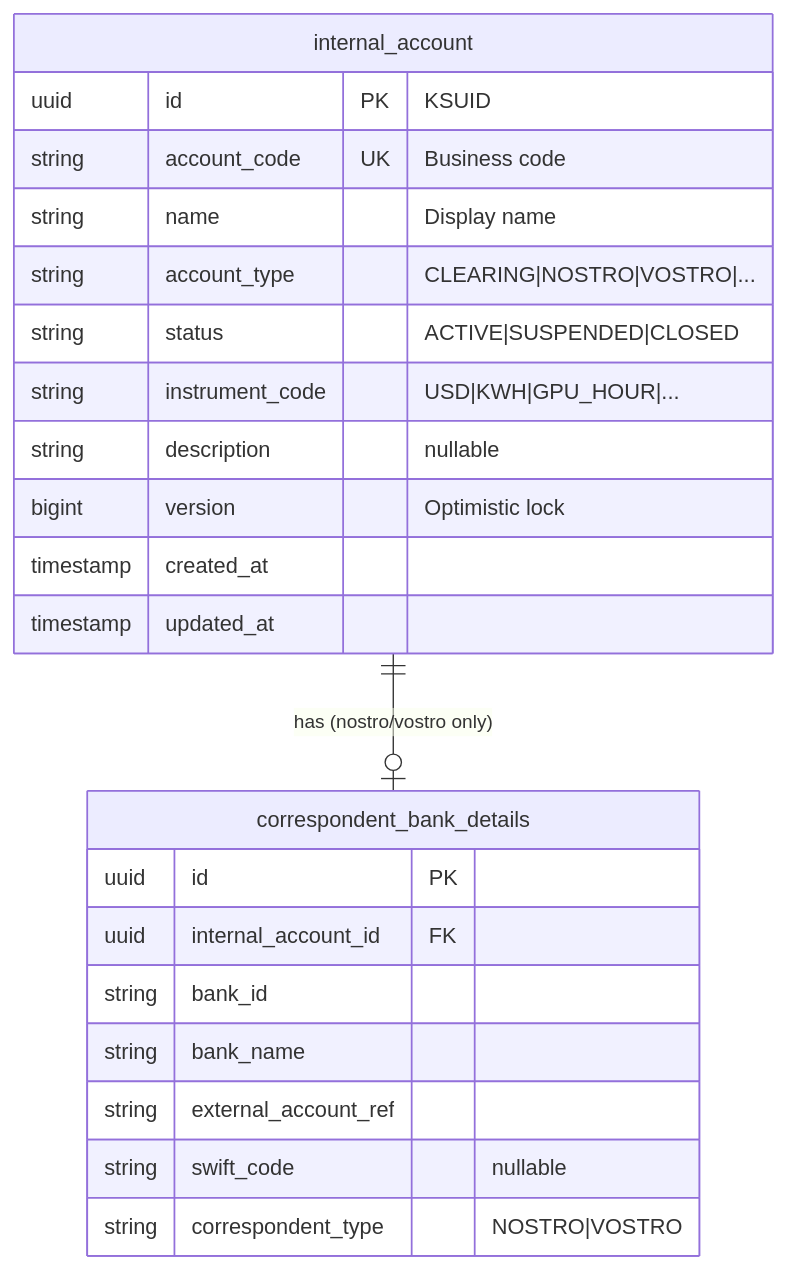
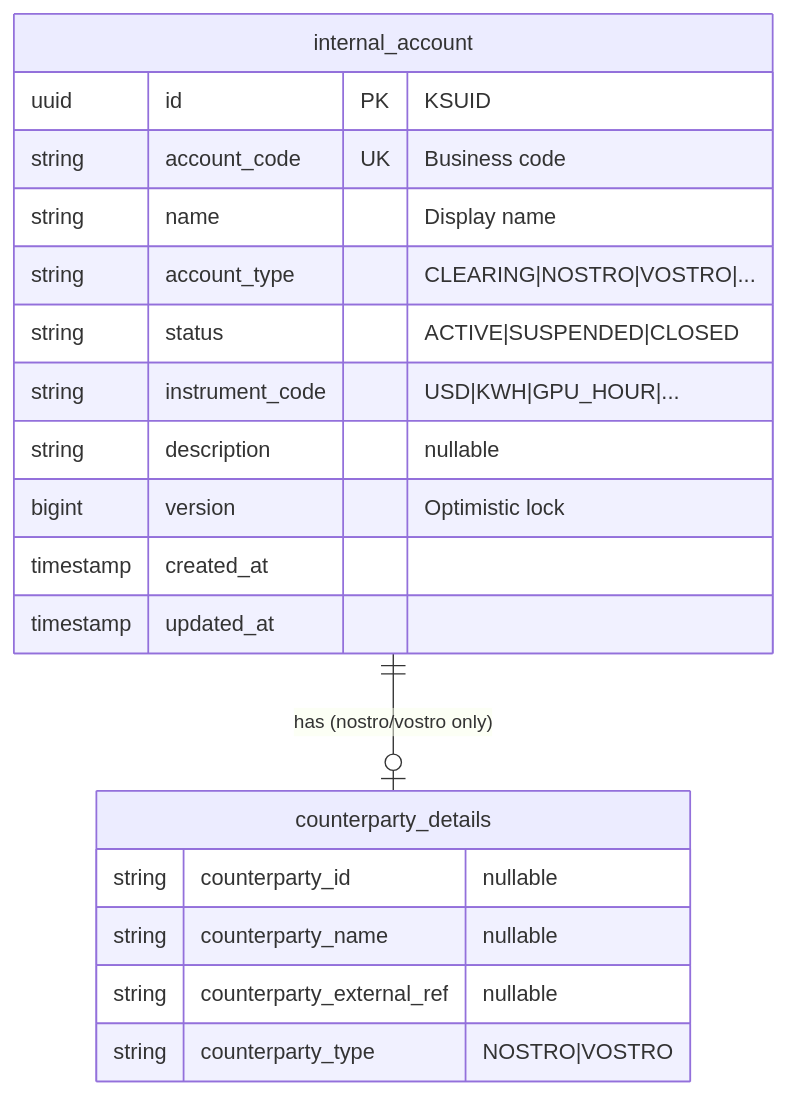
The fifth of 6 diagrams in services/internal-account/README.md (meridianhub/meridian), drawn with Mermaid before and after one commit. The commit also changed other lines of this file and 38 other files, not shown here.

First line of the commit message:
feat: rename correspondent terminology to counterparty in internal-account service

````diff
--- a/services/internal-account/README.md
+++ b/services/internal-account/README.md
@@ -514,27 +513,24 @@
 ```mermaid
 erDiagram
     internal_account {
         uuid id PK "KSUID"
         string account_code UK "Business code"
         string name "Display name"
         string account_type "CLEARING|NOSTRO|VOSTRO|..."
         string status "ACTIVE|SUSPENDED|CLOSED"
         string instrument_code "USD|KWH|GPU_HOUR|..."
         string description "nullable"
         bigint version "Optimistic lock"
         timestamp created_at
         timestamp updated_at
     }
 
-    correspondent_bank_details {
-        uuid id PK
-        uuid internal_account_id FK
-        string bank_id
-        string bank_name
-        string external_account_ref
-        string swift_code "nullable"
-        string correspondent_type "NOSTRO|VOSTRO"
+    counterparty_details {
+        string counterparty_id "nullable"
+        string counterparty_name "nullable"
+        string counterparty_external_ref "nullable"
+        string counterparty_type "NOSTRO|VOSTRO"
     }
 
-    internal_account ||--o| correspondent_bank_details : "has (nostro/vostro only)"
+    internal_account ||--o| counterparty_details : "has (nostro/vostro only)"
 ```
````
